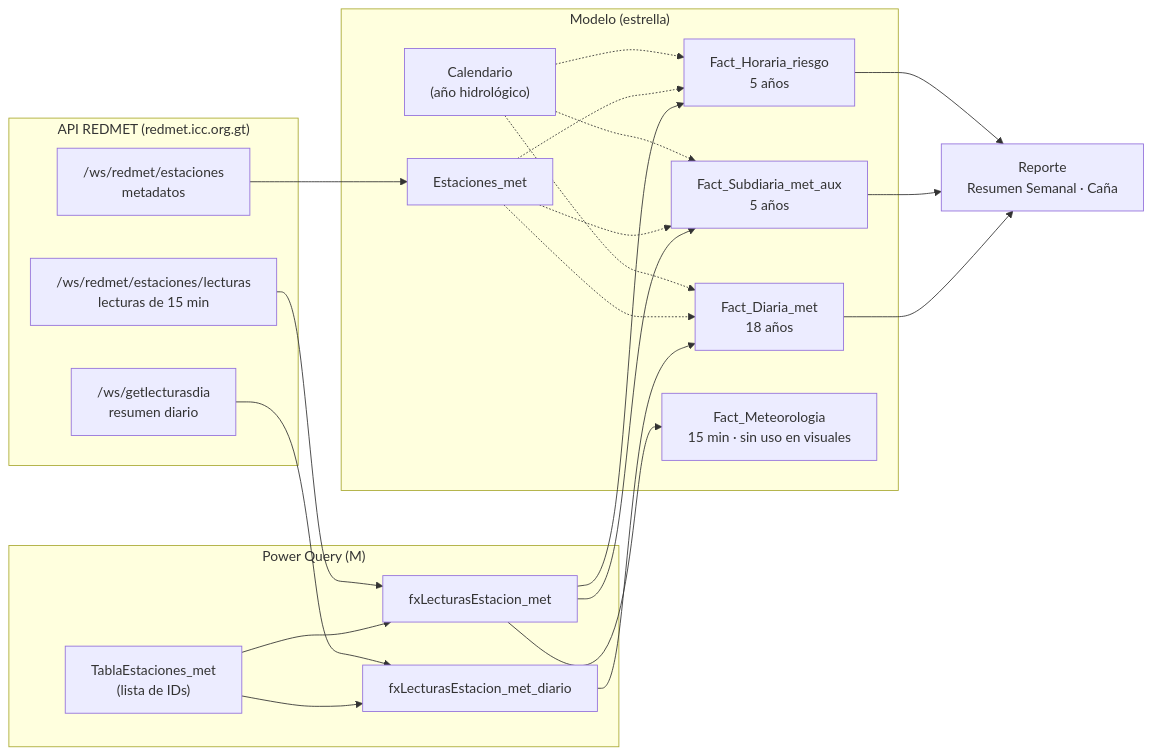
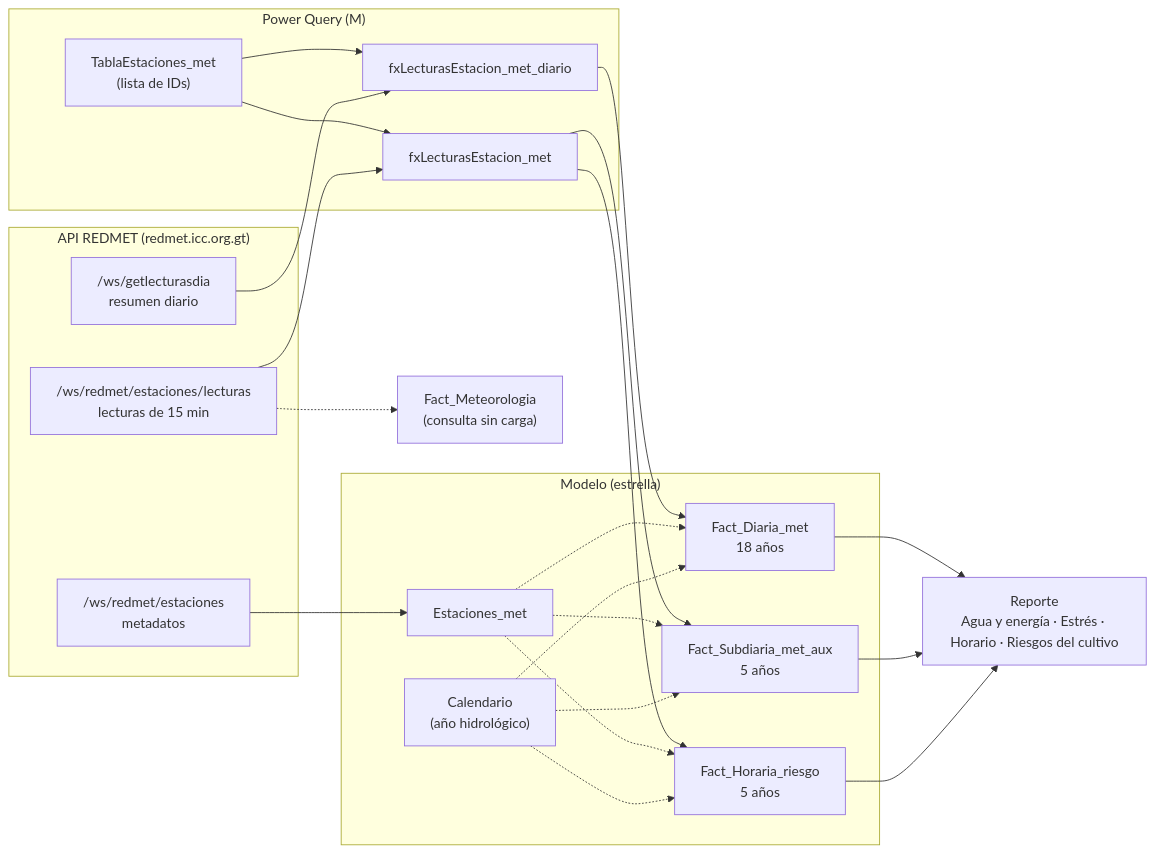
Before and after one commit to AlanOvidio/Tablero-semanal-ICC: the diagram in docs/01_arquitectura.md, drawn with Mermaid. The commit also changed other lines of this file and 393 other files, not shown here.

````diff
--- a/docs/01_arquitectura.md
+++ b/docs/01_arquitectura.md
@@ -5,28 +5,28 @@
 ```mermaid
 flowchart LR
     subgraph API["API REDMET (redmet.icc.org.gt)"]
         A1["/ws/redmet/estaciones<br/>metadatos"]
         A2["/ws/redmet/estaciones/lecturas<br/>lecturas de 15 min"]
         A3["/ws/getlecturasdia<br/>resumen diario"]
     end
     subgraph PQ["Power Query (M)"]
         L["TablaEstaciones_met<br/>(lista de IDs)"]
         F1["fxLecturasEstacion_met"]
         F2["fxLecturasEstacion_met_diario"]
     end
     subgraph M["Modelo (estrella)"]
         E["Estaciones_met"]
         C["Calendario<br/>(año hidrológico)"]
         D["Fact_Diaria_met<br/>18 años"]
         S["Fact_Subdiaria_met_aux<br/>5 años"]
         H["Fact_Horaria_riesgo<br/>5 años"]
-        R["Fact_Meteorologia<br/>15 min · sin uso en visuales"]
     end
     A1 --> E
     L --> F1 & F2
-    A2 --> F1 --> S & H & R
+    A2 --> F1 --> S & H
+    A2 -.-> R["Fact_Meteorologia<br/>(consulta sin carga)"]
     A3 --> F2 --> D
     E -.-> D & S & H
     C -.-> D & S & H
-    D & S & H --> REP["Reporte<br/>Resumen Semanal · Caña"]
+    D & S & H --> REP["Reporte<br/>Agua y energía · Estrés · Horario · Riesgos del cultivo"]
 ```
````
